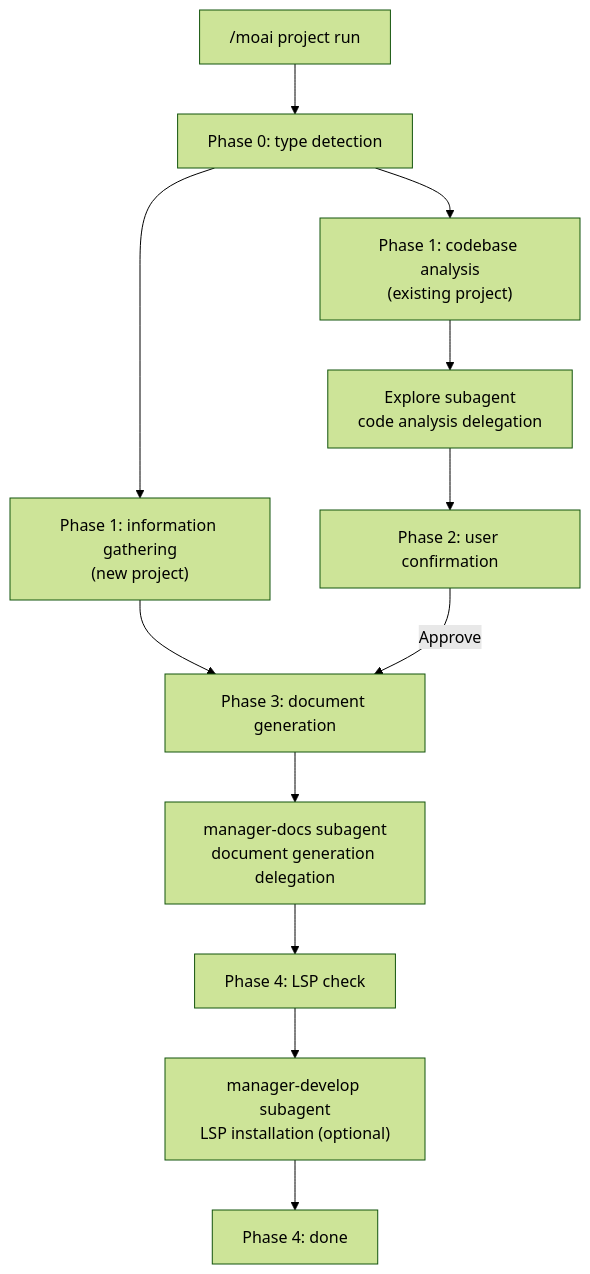
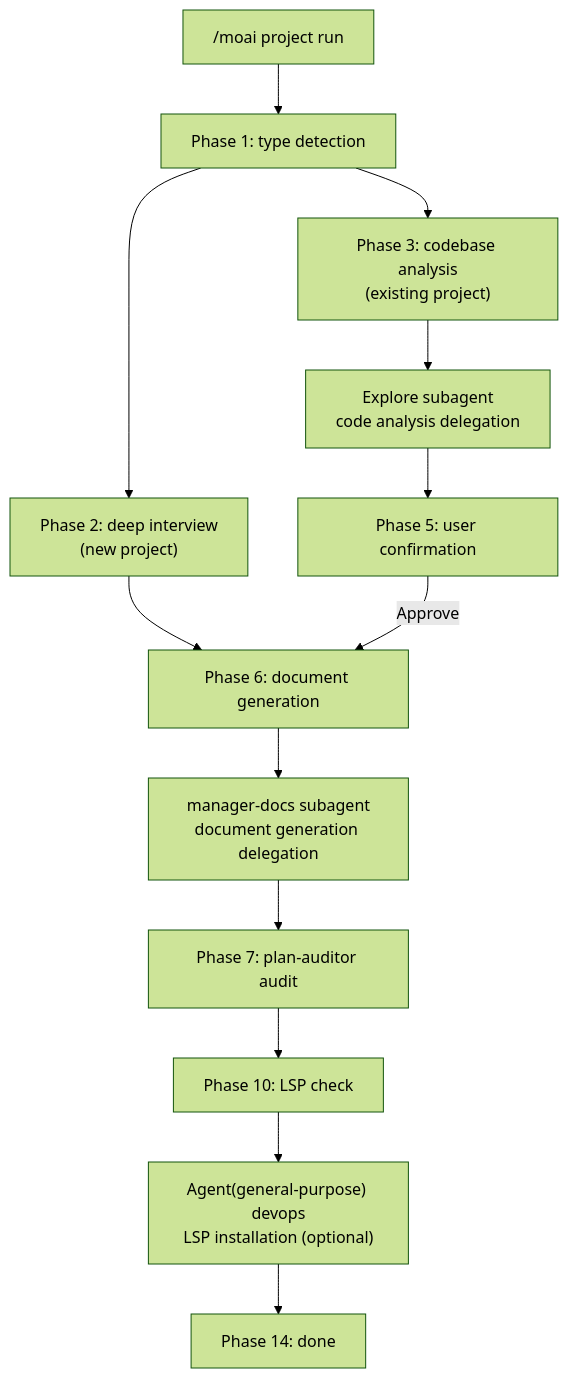
Before and after one commit to modu-ai/moai-adk: the third of 3 diagrams in docs-site/content/en/workflow-commands/moai-project.md, drawn with Mermaid (forest theme). The commit also changed other lines of this file and 42 other files, not shown here.

````diff
--- a/docs-site/content/en/workflow-commands/moai-project.md
+++ b/docs-site/content/en/workflow-commands/moai-project.md
@@ -549,18 +564,19 @@
 ```mermaid
 flowchart TD
-    Start["/moai project run"] --> Phase0["Phase 0: type detection"]
-    Phase0 --> Phase05["Phase 1: information gathering<br/>(new project)"]
-    Phase0 --> Phase1["Phase 1: codebase analysis<br/>(existing project)"]
+    Start["/moai project run"] --> Phase0["Phase 1: type detection"]
+    Phase0 --> Phase05["Phase 2: deep interview<br/>(new project)"]
+    Phase0 --> Phase1["Phase 3: codebase analysis<br/>(existing project)"]
 
     Phase1 --> Explore["Explore subagent<br/>code analysis delegation"]
-    Explore --> Phase2["Phase 2: user confirmation"]
+    Explore --> Phase2["Phase 5: user confirmation"]
 
-    Phase05 --> Phase3["Phase 3: document generation"]
+    Phase05 --> Phase3["Phase 6: document generation"]
     Phase2 -->|Approve| Phase3
 
     Phase3 --> Docs["manager-docs subagent<br/>document generation delegation"]
-    Docs --> Phase35["Phase 4: LSP check"]
+    Docs --> Audit["Phase 7: plan-auditor audit"]
+    Audit --> Phase35["Phase 10: LSP check"]
 
-    Phase35 --> DevOps["manager-develop subagent<br/>LSP installation (optional)"]
-    DevOps --> Phase4["Phase 4: done"]
+    Phase35 --> DevOps["Agent(general-purpose) devops<br/>LSP installation (optional)"]
+    DevOps --> Phase4["Phase 14: done"]
 ```
````
